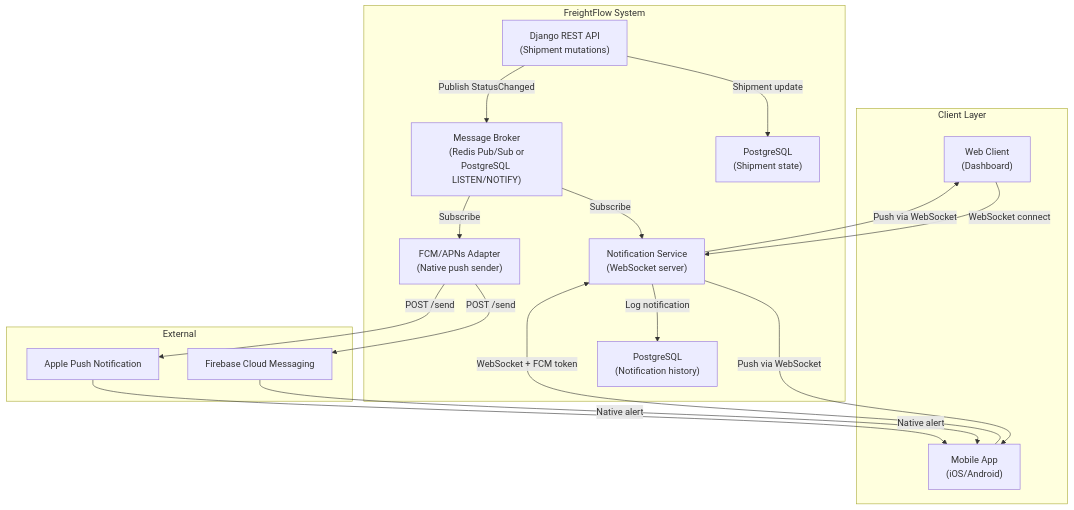
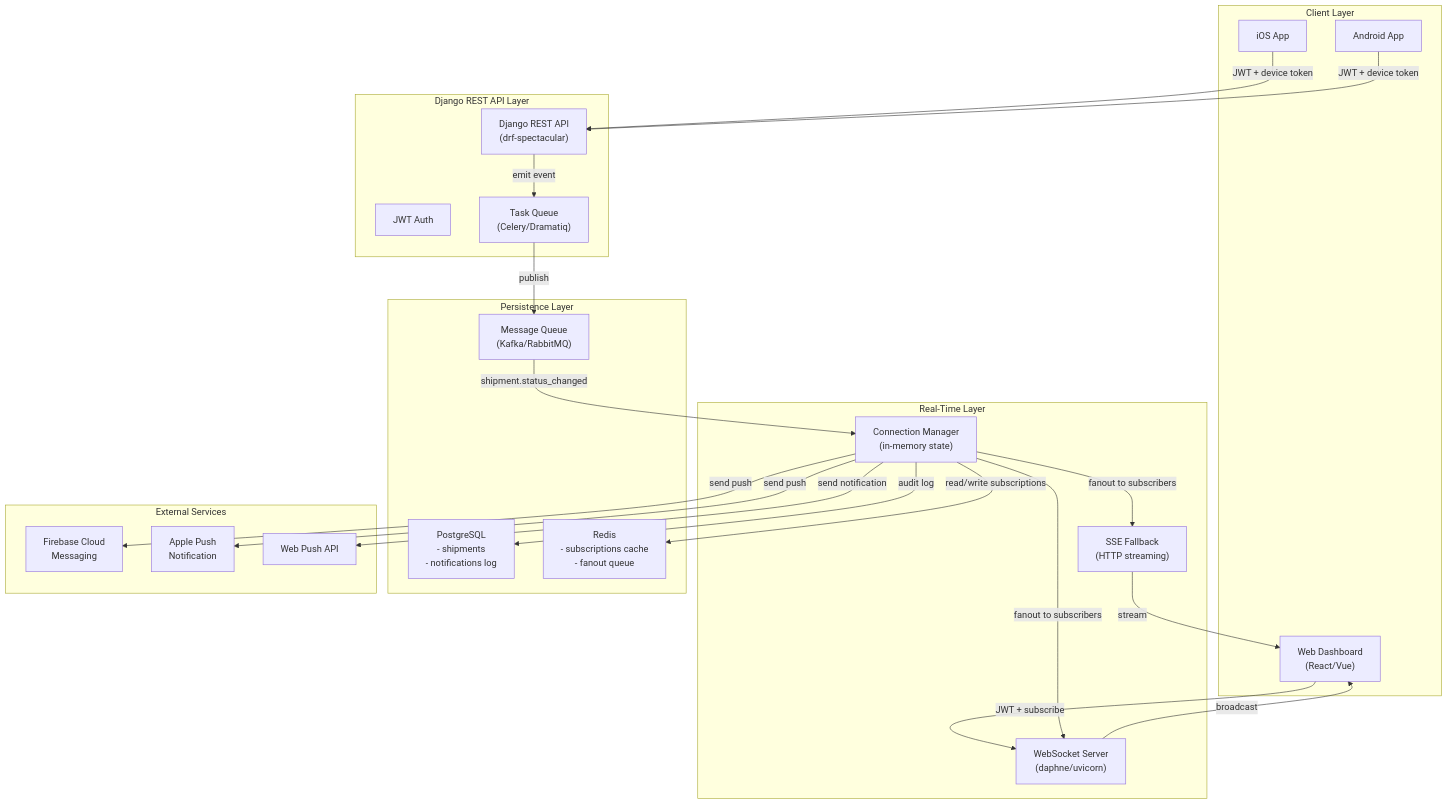
Before and after one commit to hpsgd/claude-marketplace: the second of 2 diagrams in examples/engineering/architect/agents/architect/system-design-request/result.md, drawn with Mermaid. The commit also changed other lines of this file and 25 other files, not shown here.

````diff
--- a/examples/engineering/architect/agents/architect/system-design-request/result.md
+++ b/examples/engineering/architect/agents/architect/system-design-request/result.md
@@ -103,40 +147,53 @@
 ```mermaid
 graph TB
     subgraph "Client Layer"
-        WebClient["Web Client<br/>(Dashboard)"]
-        MobileApp["Mobile App<br/>(iOS/Android)"]
+        WEB["Web Dashboard<br/>(React/Vue)"]
+        IOS["iOS App"]
+        ANDROID["Android App"]
     end
     
-    subgraph "FreightFlow System"
-        APIServer["Django REST API<br/>(Shipment mutations)"]
-        NotificationService["Notification Service<br/>(WebSocket server)"]
-        MessageBroker["Message Broker<br/>(Redis Pub/Sub or<br/>PostgreSQL LISTEN/NOTIFY)"]
-        StateDB["PostgreSQL<br/>(Shipment state)"]
-        NotificationDB["PostgreSQL<br/>(Notification history)"]
-        FCMAdapter["FCM/APNs Adapter<br/>(Native push sender)"]
+    subgraph "Django REST API Layer"
+        API["Django REST API<br/>(drf-spectacular)"]
+        AUTH["JWT Auth"]
+        QUEUE["Task Queue<br/>(Celery/Dramatiq)"]
     end
     
-    subgraph "External"
-        FCMService["Firebase Cloud Messaging"]
-        APNService["Apple Push Notification"]
+    subgraph "Real-Time Layer"
+        WS["WebSocket Server<br/>(daphne/uvicorn)"]
+        SSE["SSE Fallback<br/>(HTTP streaming)"]
+        CONN_MGR["Connection Manager<br/>(in-memory state)"]
     end
     
-    WebClient -->|WebSocket connect| NotificationService
-    MobileApp -->|WebSocket + FCM token| NotificationService
+    subgraph "Persistence Layer"
+        PG["PostgreSQL<br/>- shipments<br/>- notifications log"]
+        REDIS["Redis<br/>- subscriptions cache<br/>- fanout queue"]
+        MSGQ["Message Queue<br/>(Kafka/RabbitMQ)"]
+    end
     
-    APIServer -->|Shipment update| StateDB
-    APIServer -->|Publish StatusChanged| MessageBroker
+    subgraph "External Services"
+        FCM["Firebase Cloud<br/>Messaging"]
+        APNs["Apple Push<br/>Notification"]
+        WEBPUSH["Web Push API"]
+    end
     
-    MessageBroker -->|Subscribe| NotificationService
-    MessageBroker -->|Subscribe| FCMAdapter
+    WEB -->|JWT + subscribe| WS
+    IOS -->|JWT + device token| API
+    ANDROID -->|JWT + device token| API
     
-    NotificationService -->|Push via WebSocket| WebClient
-    NotificationService -->|Push via WebSocket| MobileApp
-    NotificationService -->|Log notification| NotificationDB
+    API -->|emit event| QUEUE
+    QUEUE -->|publish| MSGQ
     
-    FCMAdapter -->|POST /send| FCMService
-    FCMAdapter -->|POST /send| APNService
+    MSGQ -->|shipment.status_changed| CONN_MGR
+    CONN_MGR -->|fanout to subscribers| WS
+    CONN_MGR -->|fanout to subscribers| SSE
     
-    FCMService -->|Native alert| MobileApp
-    APNService -->|Native alert| MobileApp
+    CONN_MGR -->|send push| FCM
+    CONN_MGR -->|send push| APNs
+    CONN_MGR -->|send notification| WEBPUSH
+    
+    CONN_MGR -->|read/write subscriptions| REDIS
+    CONN_MGR -->|audit log| PG
+    
+    WS -->|broadcast| WEB
+    SSE -->|stream| WEB
 ```
````
